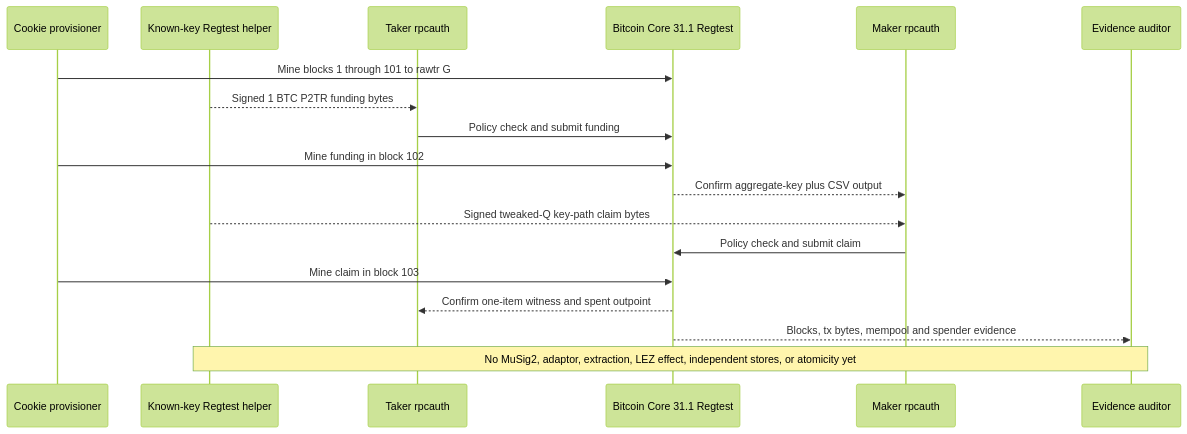
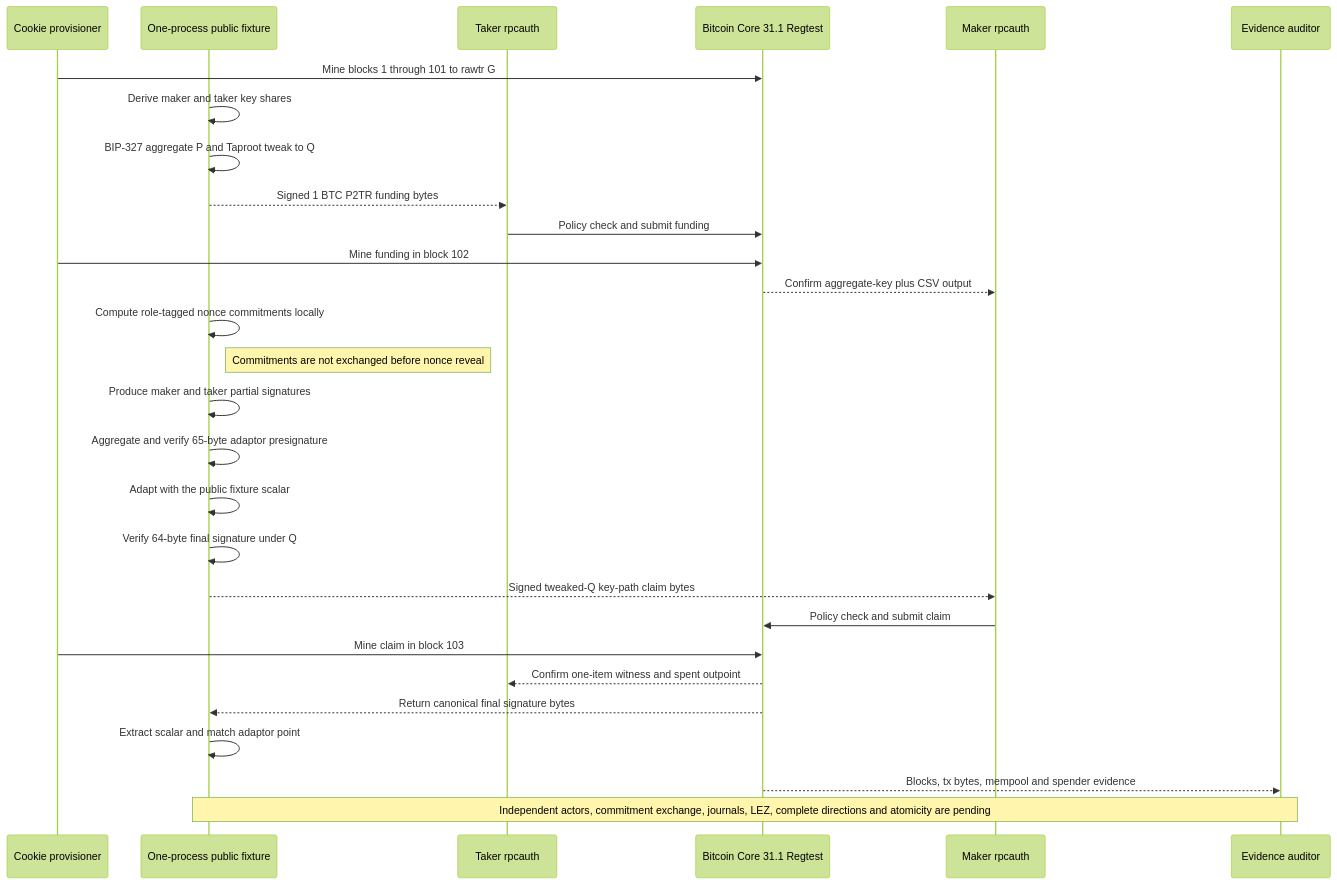
The second of 5 diagrams in docs/architecture/0029-m3-bitcoin-local-poc-entry.md (gateway-fm/lez-atomic-swaps), drawn with Mermaid (forest theme) before and after one commit. The commit also changed other lines of this file and 11 other files, not shown here.

````diff
--- a/docs/architecture/0029-m3-bitcoin-local-poc-entry.md
+++ b/docs/architecture/0029-m3-bitcoin-local-poc-entry.md
@@ -72,20 +77,30 @@
 ```mermaid
 sequenceDiagram
     participant P as Cookie provisioner
-    participant H as Known-key Regtest helper
+    participant H as One-process public fixture
     participant T as Taker rpcauth
     participant C as Bitcoin Core 31.1 Regtest
     participant M as Maker rpcauth
     participant E as Evidence auditor
     P->>C: Mine blocks 1 through 101 to rawtr G
+    H->>H: Derive maker and taker key shares
+    H->>H: BIP-327 aggregate P and Taproot tweak to Q
     H-->>T: Signed 1 BTC P2TR funding bytes
     T->>C: Policy check and submit funding
     P->>C: Mine funding in block 102
     C-->>M: Confirm aggregate-key plus CSV output
+    H->>H: Compute role-tagged nonce commitments locally
+    Note right of H: Commitments are not exchanged before nonce reveal
+    H->>H: Produce maker and taker partial signatures
+    H->>H: Aggregate and verify 65-byte adaptor presignature
+    H->>H: Adapt with the public fixture scalar
+    H->>H: Verify 64-byte final signature under Q
     H-->>M: Signed tweaked-Q key-path claim bytes
     M->>C: Policy check and submit claim
     P->>C: Mine claim in block 103
     C-->>T: Confirm one-item witness and spent outpoint
+    C-->>H: Return canonical final signature bytes
+    H->>H: Extract scalar and match adaptor point
     C-->>E: Blocks, tx bytes, mempool and spender evidence
-    Note over H,E: No MuSig2, adaptor, extraction, LEZ effect, independent stores, or atomicity yet
+    Note over H,E: Independent actors, commitment exchange, journals, LEZ, complete directions and atomicity are pending
 ```
````
